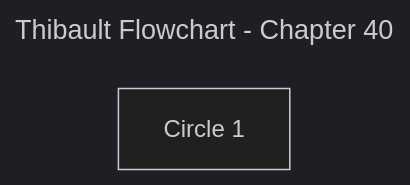
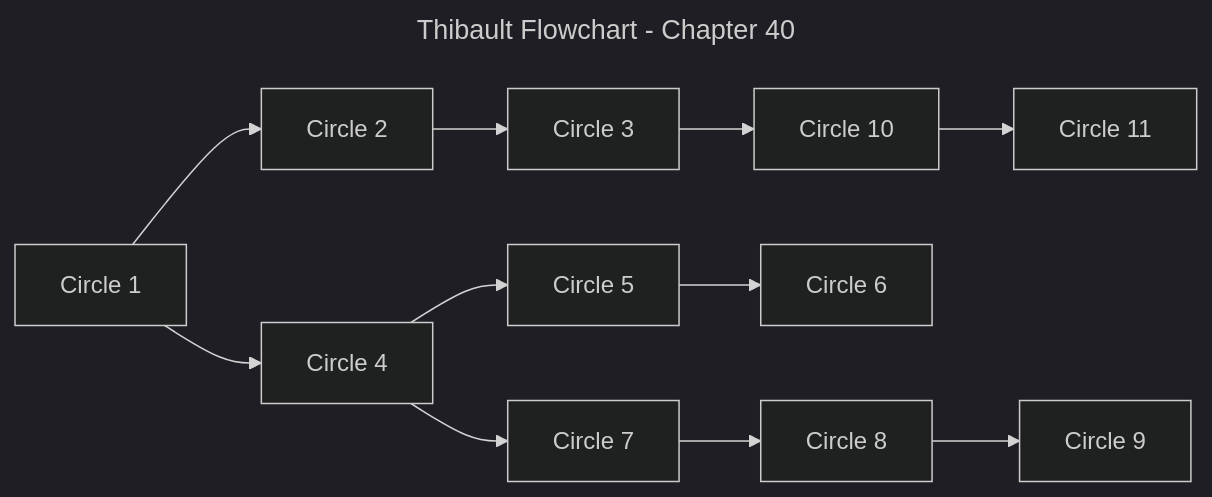
The diagram in flowchart-per-chapter/chapter-40.mmd (aquesnel/thibault-flowchart), drawn with Mermaid (dark theme) before and after one commit.

Commit message:
feat(ch40): initial flowchart of the circles

```diff
--- a/flowchart-per-chapter/chapter-40.mmd
+++ b/flowchart-per-chapter/chapter-40.mmd
@@ -1,10 +1,32 @@
 ---
 title: Thibault Flowchart - Chapter 40
 config:
   layout: dagre
   flowchart:
     htmlLabels: false
 ---
 flowchart LR
 	%% Nodes
 	B2_T09_C01["Circle 1"]
+	B2_T09_C02["Circle 2"]
+	B2_T09_C03["Circle 3"]
+	B2_T09_C04["Circle 4"]
+	B2_T09_C05["Circle 5"]
+	B2_T09_C06["Circle 6"]
+	B2_T09_C07["Circle 7"]
+	B2_T09_C08["Circle 8"]
+	B2_T09_C09["Circle 9"]
+	B2_T09_C10["Circle 10"]
+	B2_T09_C11["Circle 11"]
+
+	%% Edges
+	B2_T09_C01 --> B2_T09_C02
+	B2_T09_C02 --> B2_T09_C03
+	B2_T09_C03 --> B2_T09_C10
+	B2_T09_C10 --> B2_T09_C11
+	B2_T09_C01 --> B2_T09_C04
+	B2_T09_C04 --> B2_T09_C05
+	B2_T09_C05 --> B2_T09_C06
+	B2_T09_C04 --> B2_T09_C07
+	B2_T09_C07 --> B2_T09_C08
+	B2_T09_C08 --> B2_T09_C09
```
